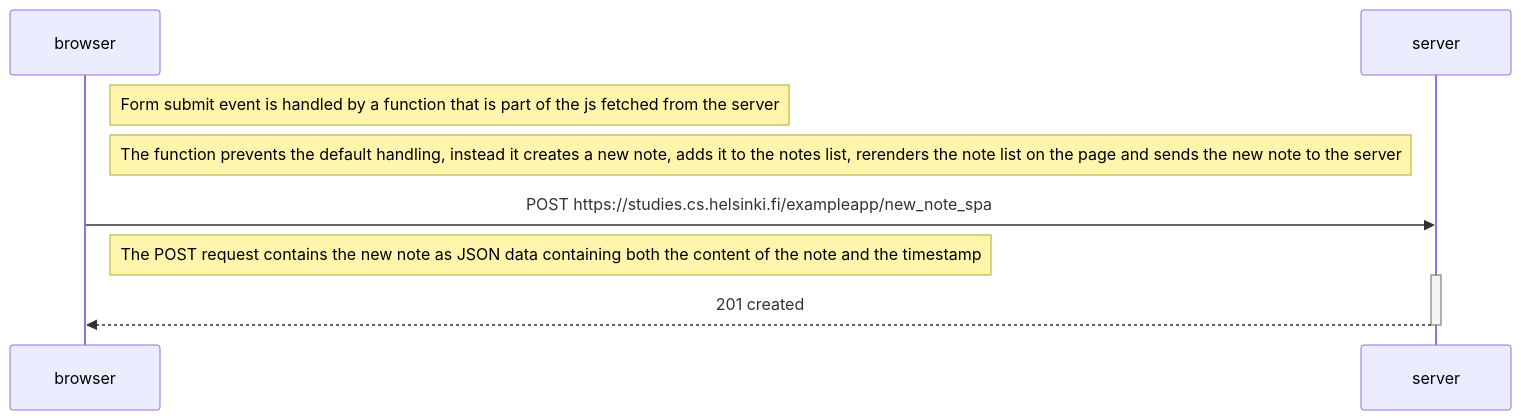
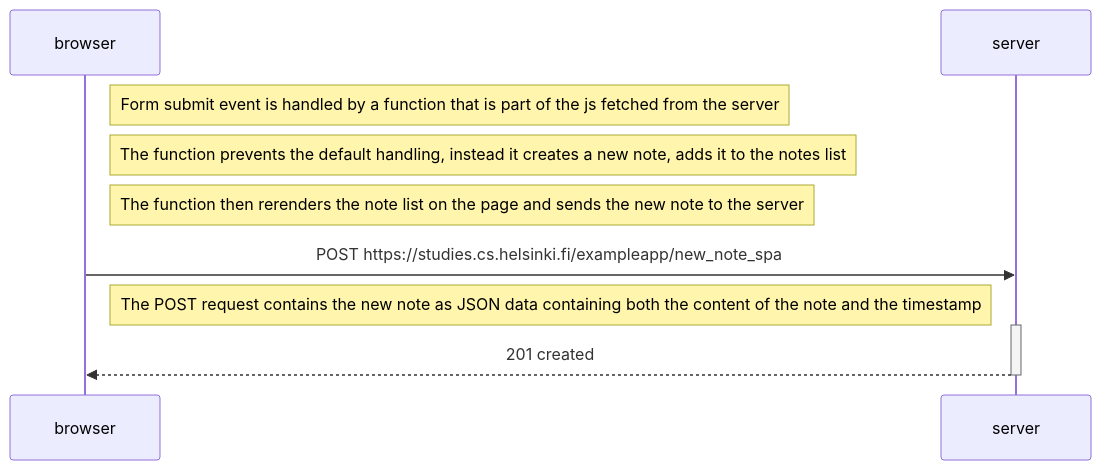
Before and after one commit to abhiroopc84/fso: the diagram in part0/6.md, drawn with Mermaid.

````diff
--- a/part0/6.md
+++ b/part0/6.md
@@ -1,13 +1,14 @@
 ```mermaid
 sequenceDiagram
     participant browser
     participant server
 
     Note right of browser: Form submit event is handled by a function that is part of the js fetched from the server 
-    Note right of browser: The function prevents the default handling, instead it creates a new note, adds it to the notes list, rerenders the note list on the page and sends the new note to the server
+    Note right of browser: The function prevents the default handling, instead it creates a new note, adds it to the notes list
+    Note right of browser: The function then rerenders the note list on the page and sends the new note to the server
     browser->>server: POST https://studies.cs.helsinki.fi/exampleapp/new_note_spa
     Note right of browser: The POST request contains the new note as JSON data containing both the content of the note and the timestamp
     activate server
     server-->>browser: 201 created
     deactivate server
 ```
````
